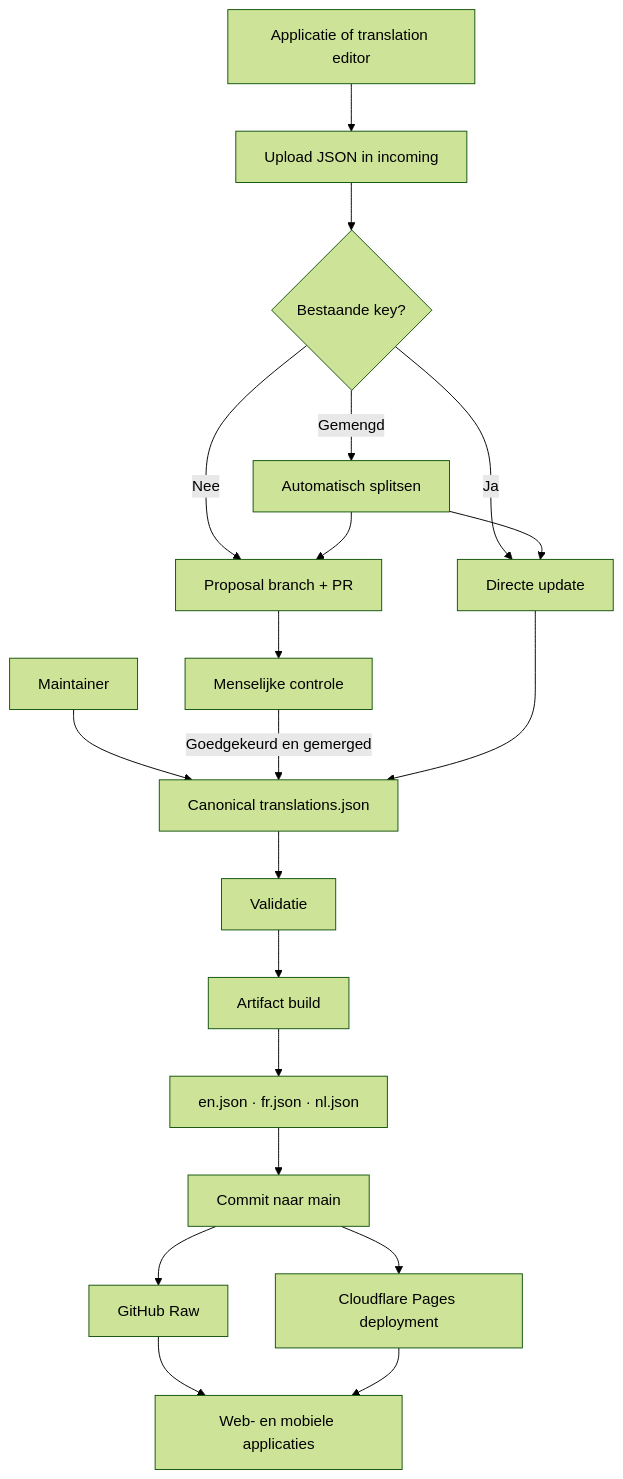
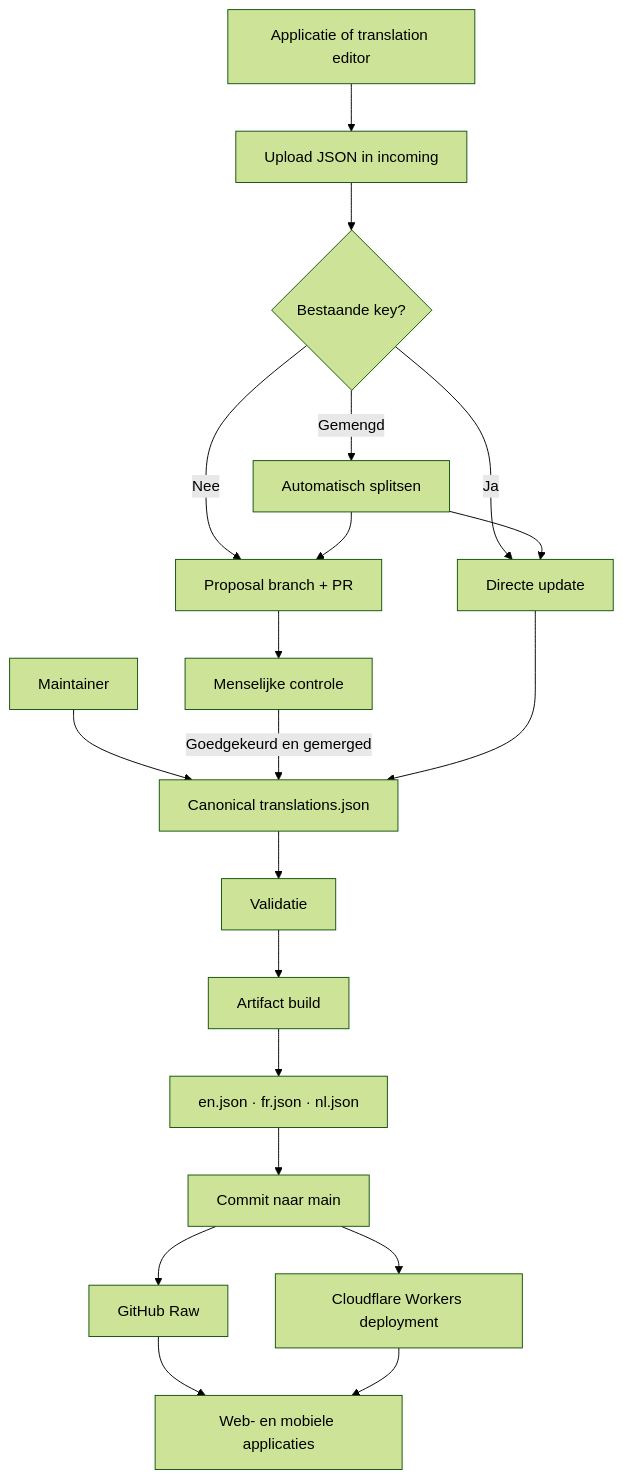
Before and after one commit to PRAxISDEVELOPMENT/mypraxis_translation_keys: the first of 2 diagrams in README.md, drawn with Mermaid (forest theme). The commit also changed other lines of this file and 17 other files, not shown here.

Commit message:
Configure Cloudflare Workers translation CDN

````diff
--- a/README.md
+++ b/README.md
@@ -56,22 +56,22 @@
 ```mermaid
 flowchart TD
     APP[Applicatie of translation editor] --> UPLOAD[Upload JSON in incoming]
     MAINTAINER[Maintainer] --> SOURCE[Canonical translations.json]
     UPLOAD --> ROUTER{Bestaande key?}
     ROUTER -- Ja --> DIRECT[Directe update]
     ROUTER -- Nee --> PROPOSAL[Proposal branch + PR]
     ROUTER -- Gemengd --> SPLIT[Automatisch splitsen]
     SPLIT --> DIRECT
     SPLIT --> PROPOSAL
     PROPOSAL --> REVIEW[Menselijke controle]
     REVIEW -->|Goedgekeurd en gemerged| SOURCE
     DIRECT --> SOURCE
     SOURCE --> VALIDATE[Validatie]
     VALIDATE --> BUILD[Artifact build]
     BUILD --> LOCALES[en.json · fr.json · nl.json]
     LOCALES --> COMMIT[Commit naar main]
     COMMIT --> RAW[GitHub Raw]
-    COMMIT --> CDN[Cloudflare Pages deployment]
+    COMMIT --> CDN[Cloudflare Workers deployment]
     RAW --> CONSUMERS[Web- en mobiele applicaties]
     CDN --> CONSUMERS
 ```
````
